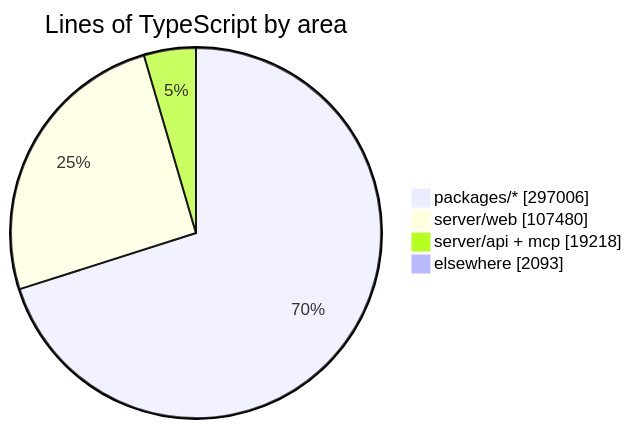
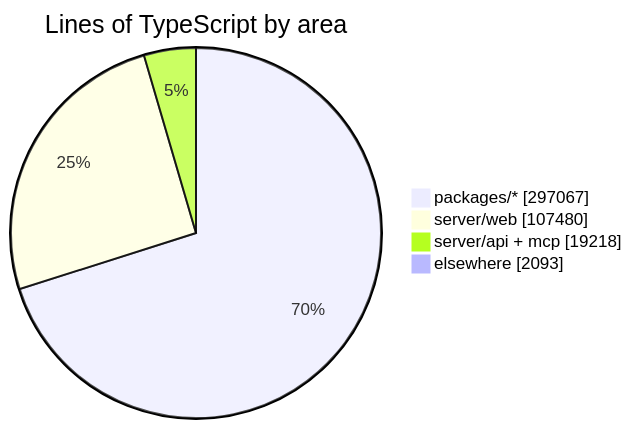
Before and after one commit to crossworks-engineering/mantle: the diagram in README.md, drawn with Mermaid. The commit also changed other lines of this file and 2 other files, not shown here.

````diff
--- a/README.md
+++ b/README.md
@@ -294,7 +294,7 @@
 ```mermaid
 pie showData title Lines of TypeScript by area
-    "packages/*" : 297006
+    "packages/*" : 297067
     "server/web" : 107480
     "server/api + mcp" : 19218
     "elsewhere" : 2093
 ```
````
